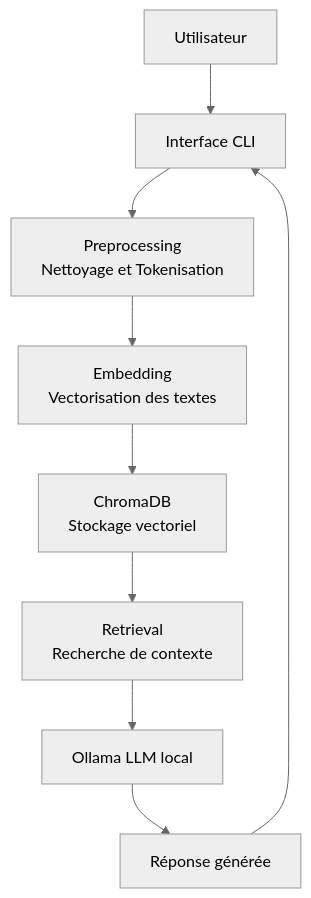
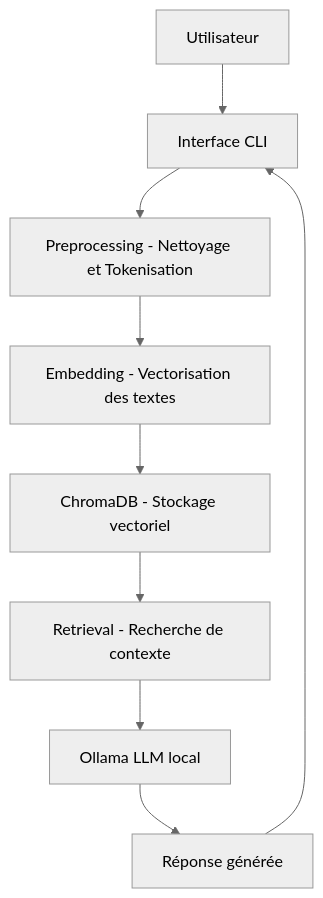
The second of 4 diagrams in README.md (GaetanCSimplon/fake_news_rag), drawn with Mermaid (neutral theme) before and after one commit. The commit also changed other lines of this file, not shown here.

````diff
--- a/README.md
+++ b/README.md
@@ -22,11 +22,11 @@
 ```mermaid
 graph TD
     U[Utilisateur] --> CLI[Interface CLI]
-    CLI --> PRE[Preprocessing\nNettoyage et Tokenisation]
-    PRE --> EMB[Embedding\nVectorisation des textes]
-    EMB --> CHROMA[ChromaDB\nStockage vectoriel]
-    CHROMA --> RETRIEVAL[Retrieval\nRecherche de contexte]
+    CLI --> PRE[Preprocessing - Nettoyage et Tokenisation]
+    PRE --> EMB[Embedding - Vectorisation des textes]
+    EMB --> CHROMA[ChromaDB - Stockage vectoriel]
+    CHROMA --> RETRIEVAL[Retrieval - Recherche de contexte]
     RETRIEVAL --> LLM[Ollama LLM local]
     LLM --> REP[Réponse générée]
     REP --> CLI
 ```
````
